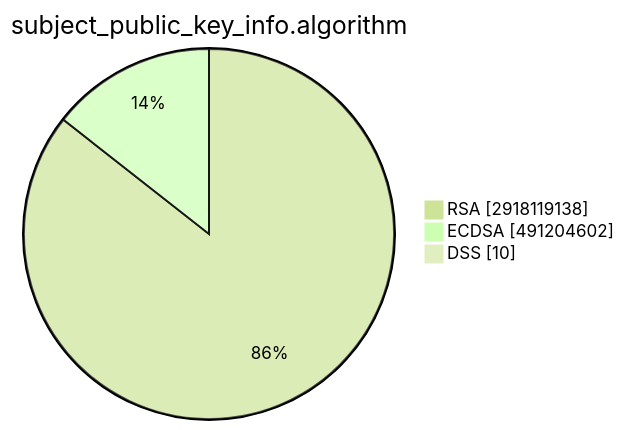
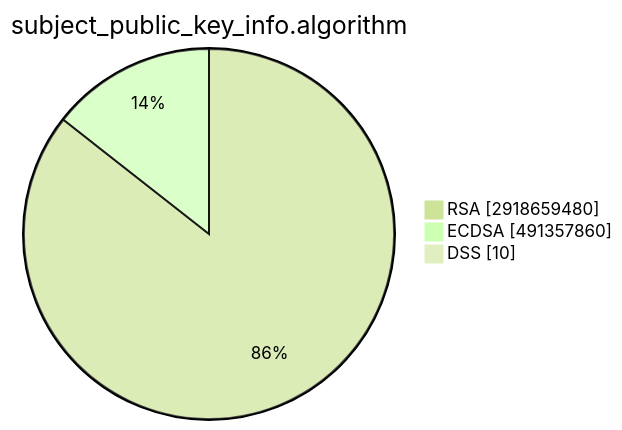
The second of 15 diagrams in TOTAL/README.md (christiankrug/ctmonitor_visualization), drawn with Mermaid (forest theme) before and after one commit. The commit also changed other lines of this file, not shown here.

````diff
--- a/TOTAL/README.md
+++ b/TOTAL/README.md
@@ -6,7 +6,7 @@
 ```mermaid
 pie showData
 title subject_public_key_info.algorithm
-"RSA" :2918119138
-"ECDSA" :491204602
+"RSA" :2918659480
+"ECDSA" :491357860
 "DSS" :10
 ```
````
